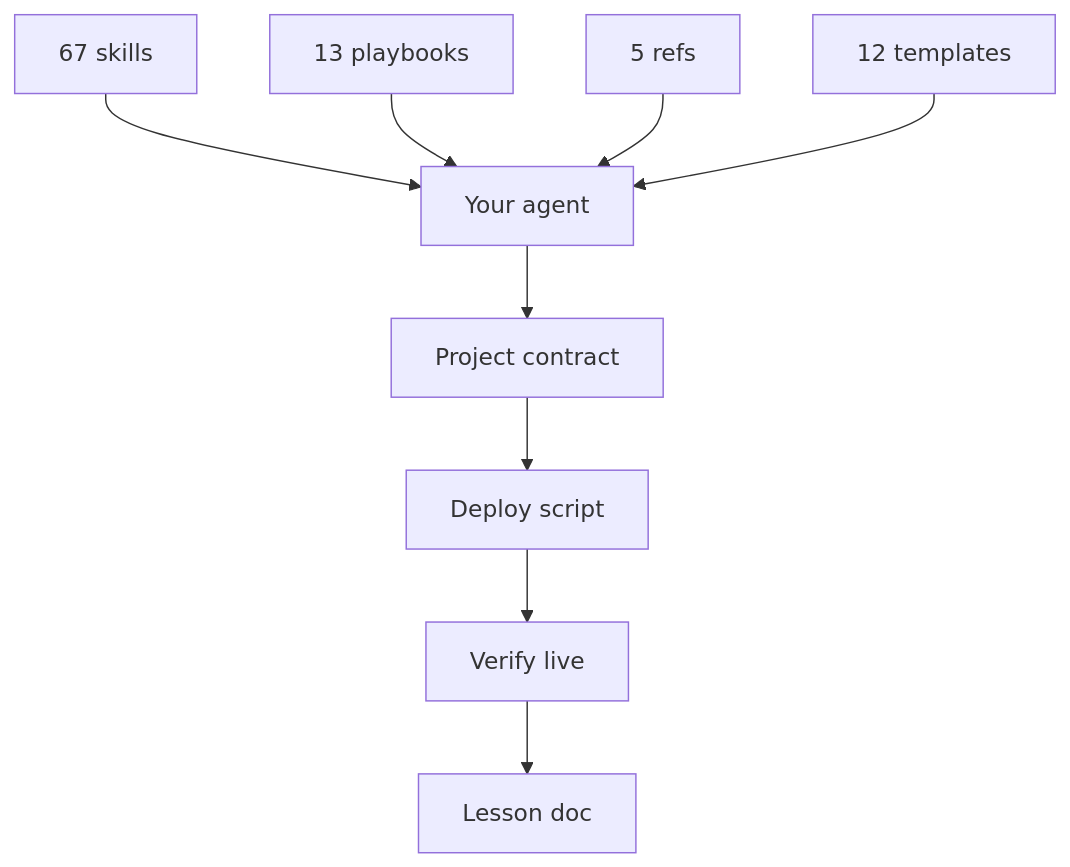
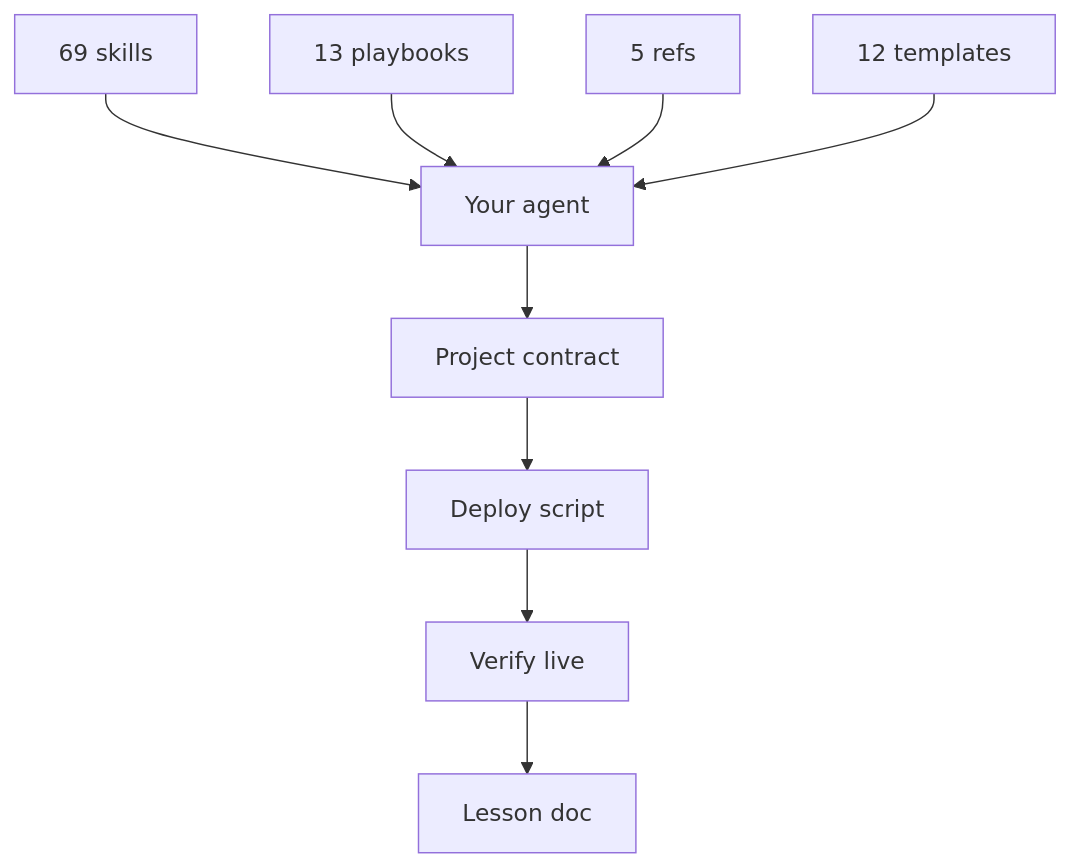
Before and after one commit to Nonarkara/dr-non-vibecoding-skills: the diagram in README.md, drawn with Mermaid. The commit also changed other lines of this file and 6 other files, not shown here.

````diff
--- a/README.md
+++ b/README.md
@@ -263,11 +263,11 @@
 ```mermaid
 flowchart TB
-  S["67 skills"] --> A["Your agent"]
+  S["69 skills"] --> A["Your agent"]
   P["13 playbooks"] --> A
   R["5 refs"] --> A
   T["12 templates"] --> A
   A --> W["Project contract"]
   W --> D["Deploy script"]
   D --> V["Verify live"]
   V --> L["Lesson doc"]
 ```
````
